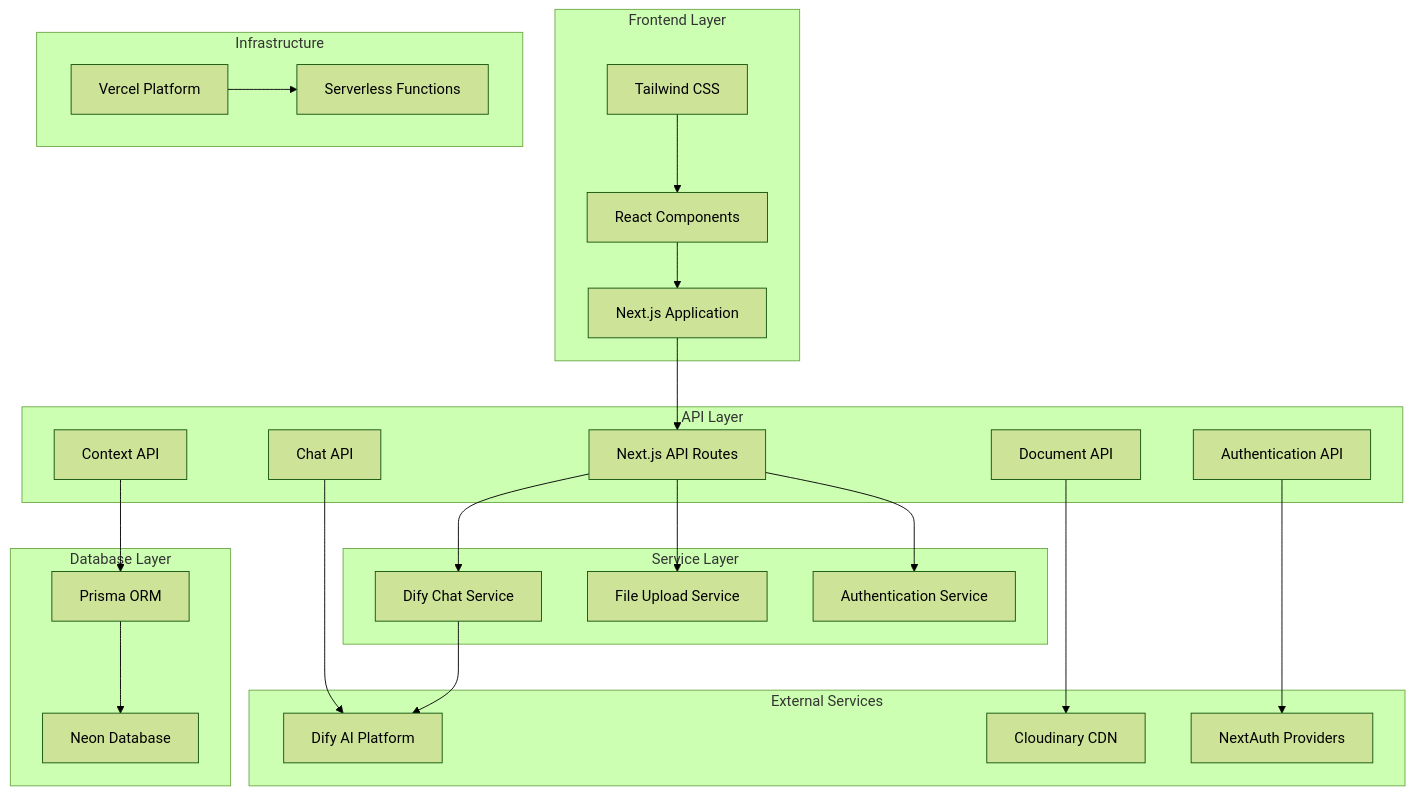
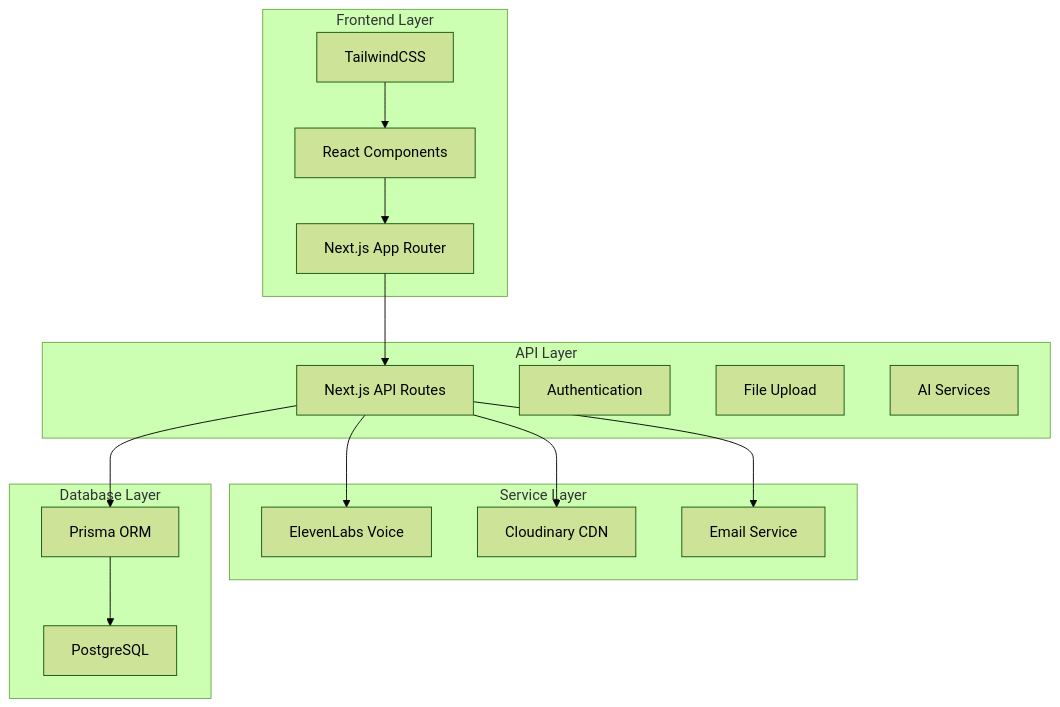
Before and after one commit to powered-by-kinesis/kinesis-hr: the diagram in README.md, drawn with Mermaid (forest theme). The commit also changed other lines of this file and 1 other file, not shown here.

````diff
--- a/README.md
+++ b/README.md
@@ -115,52 +83,35 @@
 ```mermaid
 graph TB
     subgraph "Frontend Layer"
-        A[Next.js Application]
+        A[Next.js App Router]
         B[React Components]
-        C[Tailwind CSS]
+        C[TailwindCSS]
     end
 
     subgraph "API Layer"
         D[Next.js API Routes]
-        E[Authentication API]
-        F[Chat API]
-        G[Document API]
-        H[Context API]
+        E[Authentication]
+        F[File Upload]
+        G[AI Services]
     end
 
     subgraph "Service Layer"
-        I[Dify Chat Service]
-        J[File Upload Service]
-        K[Authentication Service]
+        H[ElevenLabs Voice]
+        I[Cloudinary CDN]
+        J[Email Service]
     end
 
-        subgraph "Database Layer"
-        L[Neon Database]
-        M[Prisma ORM]
-    end
-
-    subgraph "External Services"
-        N[Dify AI Platform]
-        O[Cloudinary CDN]
-        P[NextAuth Providers]
-    end
-
-    subgraph "Infrastructure"
-        Q[Vercel Platform]
-        R[Serverless Functions]
+    subgraph "Database Layer"
+        K[PostgreSQL]
+        L[Prisma ORM]
     end
 
     A --> D
     B --> A
     C --> B
+    D --> H
     D --> I
     D --> J
-    D --> K
-    E --> P
-    F --> N
-    G --> O
-    H --> M
-    I --> N
-    M --> L
-    Q --> R
+    D --> L
+    L --> K
 ```
````
